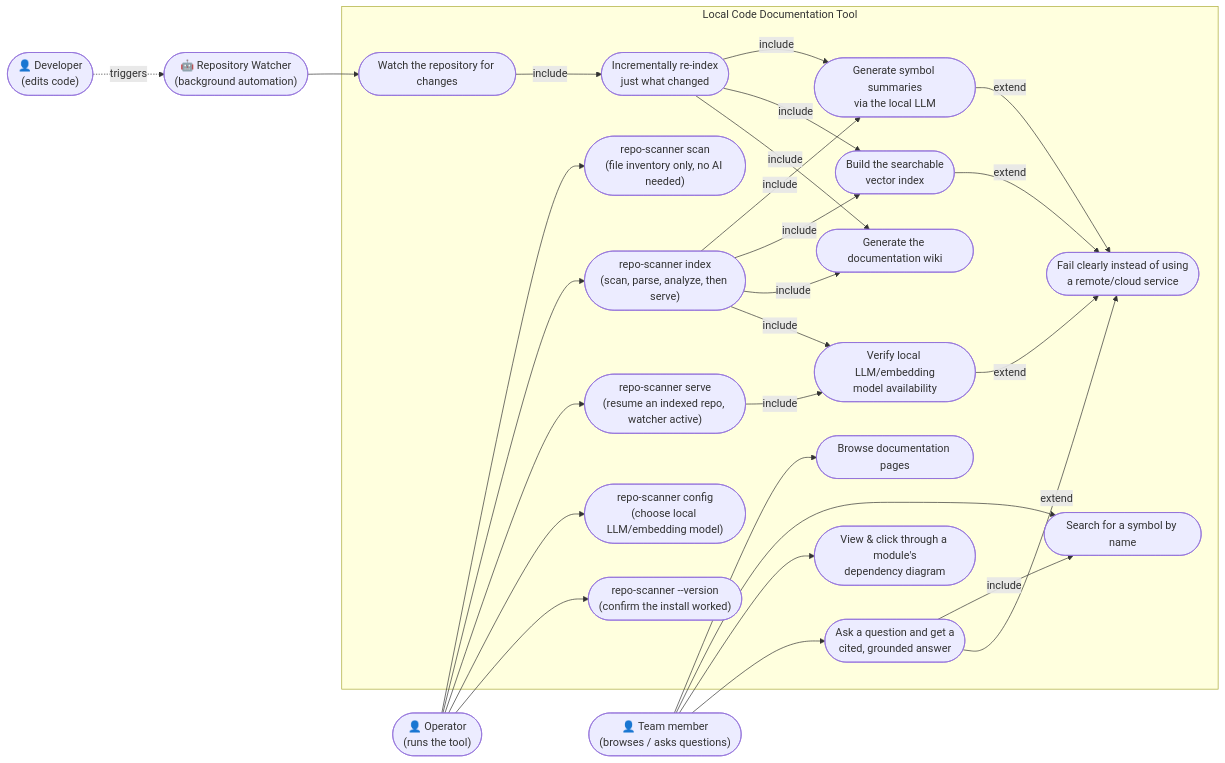
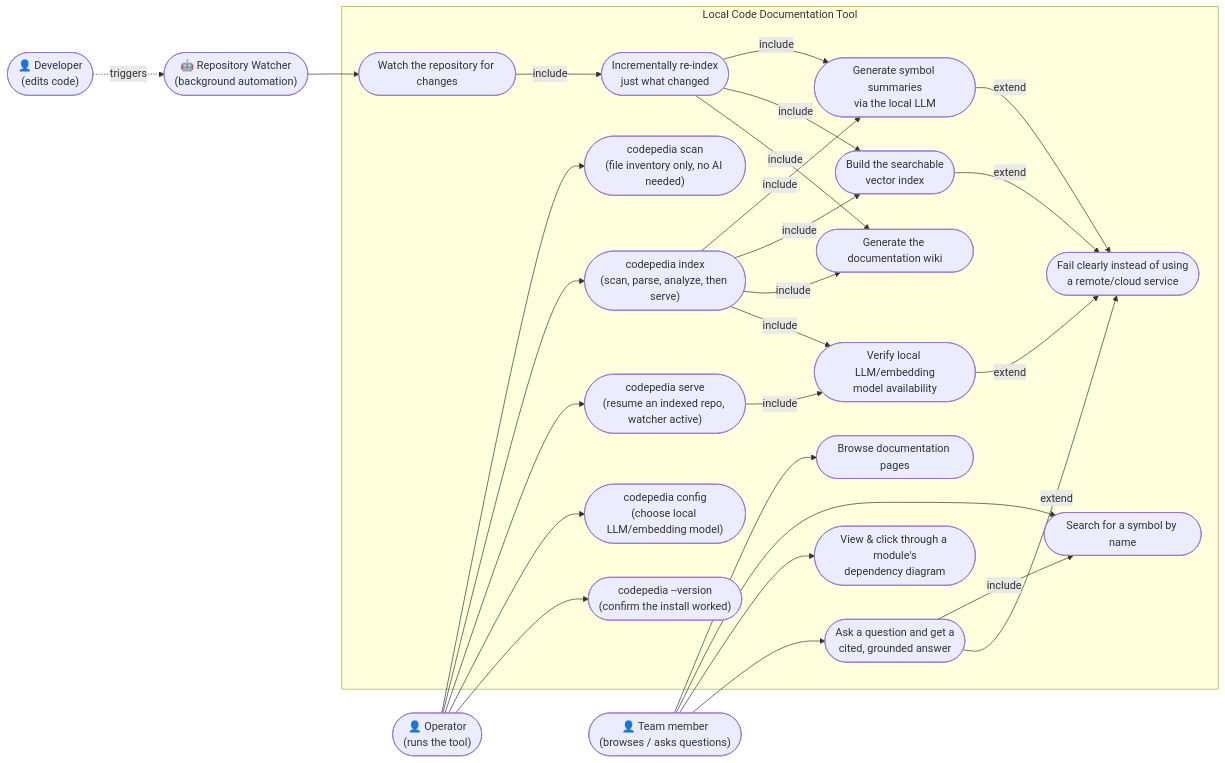
Before and after one commit to yassinelalaoui/codepedia: the diagram in docs/diagrams/use-case-diagram.md, drawn with Mermaid. The commit also changed 65 other files, not shown here.

First line of the commit message:
Rename project from repo-scanner to codepedia

````diff
--- a/docs/diagrams/use-case-diagram.md
+++ b/docs/diagrams/use-case-diagram.md
@@ -12,55 +12,55 @@
 ```mermaid
 flowchart LR
     operator(["👤 Operator\n(runs the tool)"])
     developer(["👤 Developer\n(edits code)"])
     reader(["👤 Team member\n(browses / asks questions)"])
     watcherActor(["🤖 Repository Watcher\n(background automation)"])
 
     subgraph sys["Local Code Documentation Tool"]
-        ucScan(["repo-scanner scan\n(file inventory only, no AI needed)"])
-        ucIndex(["repo-scanner index\n(scan, parse, analyze, then serve)"])
+        ucScan(["codepedia scan\n(file inventory only, no AI needed)"])
+        ucIndex(["codepedia index\n(scan, parse, analyze, then serve)"])
         ucSummarize(["Generate symbol summaries\nvia the local LLM"])
         ucEmbed(["Build the searchable\nvector index"])
         ucDocs(["Generate the documentation wiki"])
-        ucServe(["repo-scanner serve\n(resume an indexed repo, watcher active)"])
-        ucConfig(["repo-scanner config\n(choose local LLM/embedding model)"])
+        ucServe(["codepedia serve\n(resume an indexed repo, watcher active)"])
+        ucConfig(["codepedia config\n(choose local LLM/embedding model)"])
         ucCheckModels(["Verify local LLM/embedding\nmodel availability"])
-        ucCheckVersion(["repo-scanner --version\n(confirm the install worked)"])
+        ucCheckVersion(["codepedia --version\n(confirm the install worked)"])
         ucBrowse(["Browse documentation pages"])
         ucSearch(["Search for a symbol by name"])
         ucDiagram(["View & click through a module's\ndependency diagram"])
         ucAsk(["Ask a question and get a\ncited, grounded answer"])
         ucWatch(["Watch the repository for changes"])
         ucReindex(["Incrementally re-index\njust what changed"])
         ucFailClear(["Fail clearly instead of using\na remote/cloud service"])
     end
 
     operator --> ucScan
     operator --> ucIndex
     ucIndex -->|include| ucSummarize
     ucIndex -->|include| ucEmbed
     ucIndex -->|include| ucDocs
     ucIndex -->|include| ucCheckModels
     operator --> ucServe
     ucServe -->|include| ucCheckModels
     operator --> ucConfig
     operator --> ucCheckVersion
 
     reader --> ucBrowse
     reader --> ucSearch
     reader --> ucDiagram
     reader --> ucAsk
     ucAsk -->|include| ucSearch
 
     developer -.triggers.-> watcherActor
     watcherActor --> ucWatch
     ucWatch -->|include| ucReindex
     ucReindex -->|include| ucSummarize
     ucReindex -->|include| ucEmbed
     ucReindex -->|include| ucDocs
 
     ucSummarize -->|extend| ucFailClear
     ucAsk -->|extend| ucFailClear
     ucEmbed -->|extend| ucFailClear
     ucCheckModels -->|extend| ucFailClear
 ```
````
